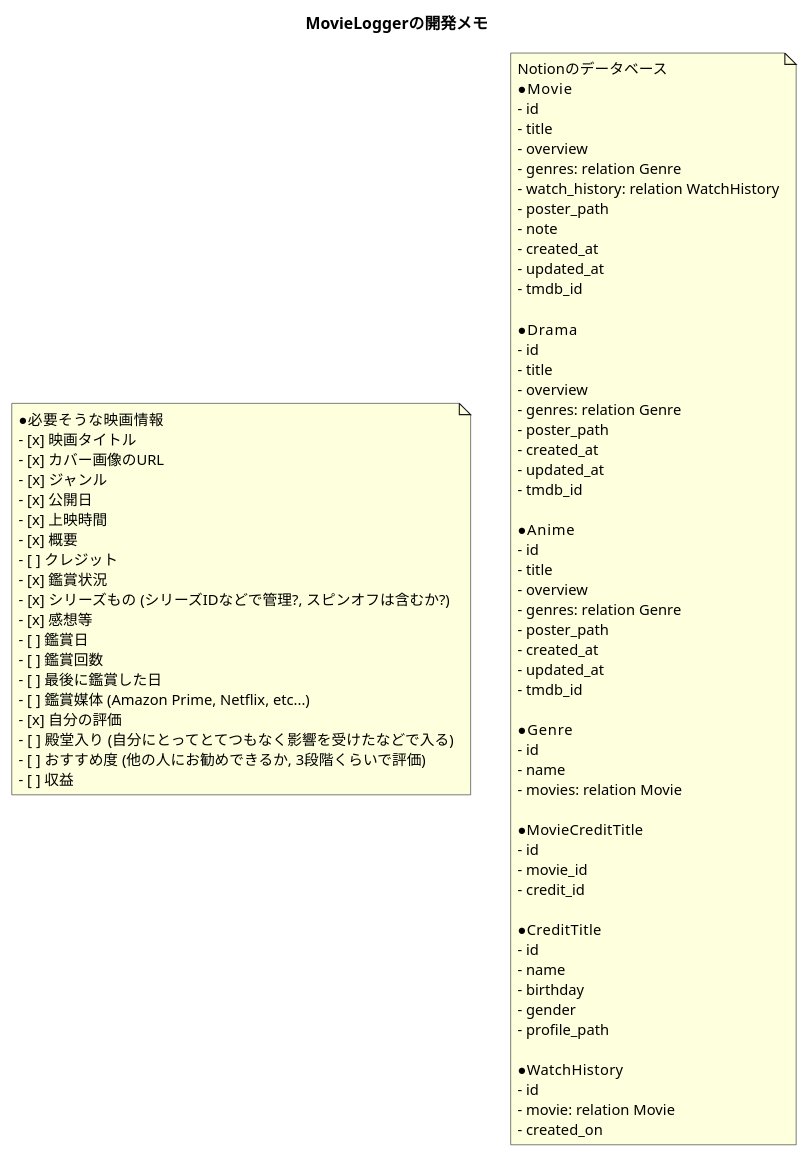
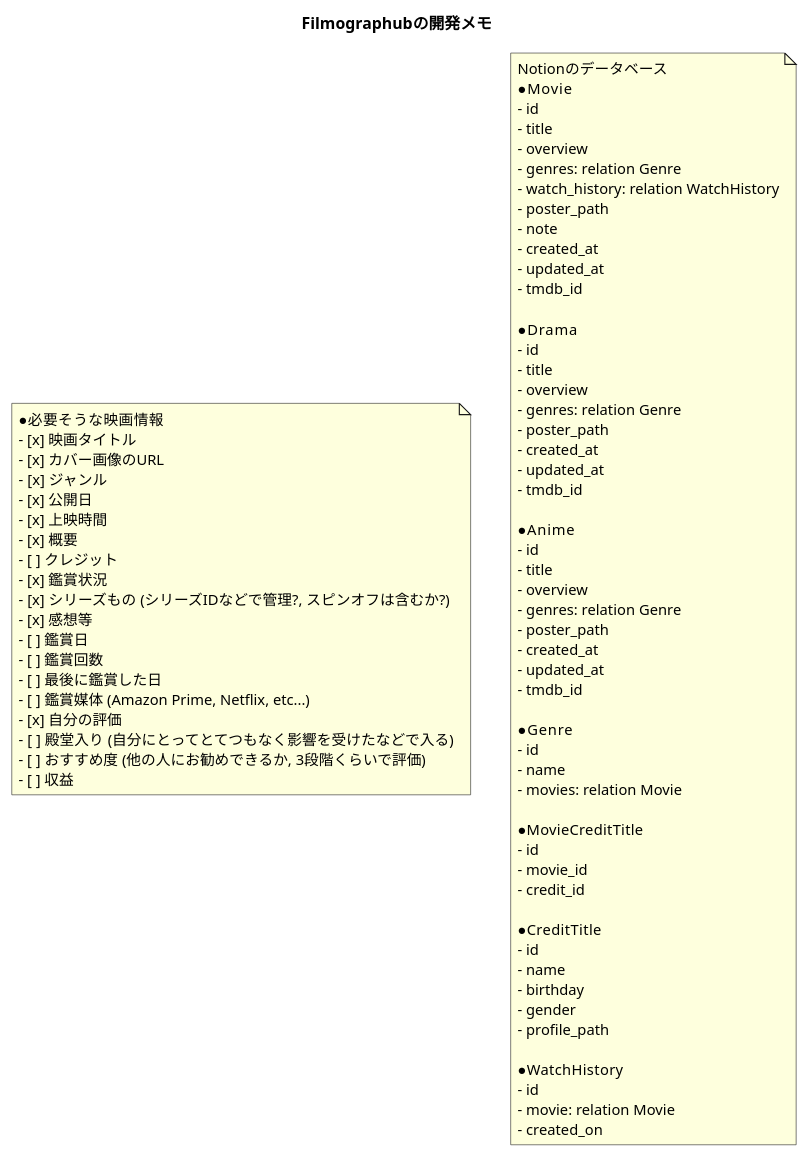
The diagram in api/docs/development_memo.puml (takeYY/filmography), drawn with PlantUML before and after one commit. The commit also changed 12 other files, not shown here.

```diff
--- a/api/docs/development_memo.puml
+++ b/api/docs/development_memo.puml
@@ -1,84 +1,84 @@
 @startuml fig_development_memo
-title MovieLoggerの開発メモ
+title Filmographubの開発メモ
 
 note as Idea
   ●必要そうな映画情報
   - [x] 映画タイトル
   - [x] カバー画像のURL
   - [x] ジャンル
   - [x] 公開日
   - [x] 上映時間
   - [x] 概要
   - [ ] クレジット
   - [x] 鑑賞状況
   - [x] シリーズもの (シリーズIDなどで管理?, スピンオフは含むか?)
   - [x] 感想等
   - [ ] 鑑賞日
   - [ ] 鑑賞回数
   - [ ] 最後に鑑賞した日
   - [ ] 鑑賞媒体 (Amazon Prime, Netflix, etc...)
   - [x] 自分の評価
   - [ ] 殿堂入り (自分にとってとてつもなく影響を受けたなどで入る)
   - [ ] おすすめ度 (他の人にお勧めできるか, 3段階くらいで評価)
   - [ ] 収益
 end note
 
 
 note as Database
   Notionのデータベース
   ●Movie
   - id
   - title
   - overview
   - genres: relation Genre
   - watch_history: relation WatchHistory
   - poster_path
   - note
   - created_at
   - updated_at
   - tmdb_id
 
   ●Drama
   - id
   - title
   - overview
   - genres: relation Genre
   - poster_path
   - created_at
   - updated_at
   - tmdb_id
 
   ●Anime
   - id
   - title
   - overview
   - genres: relation Genre
   - poster_path
   - created_at
   - updated_at
   - tmdb_id
 
   ●Genre
   - id
   - name
   - movies: relation Movie
 
   ●MovieCreditTitle
   - id
   - movie_id
   - credit_id
 
   ●CreditTitle
   - id
   - name
   - birthday
   - gender
   - profile_path
 
   ●WatchHistory
   - id
   - movie: relation Movie
   - created_on
 end note
 
 @enduml
```
